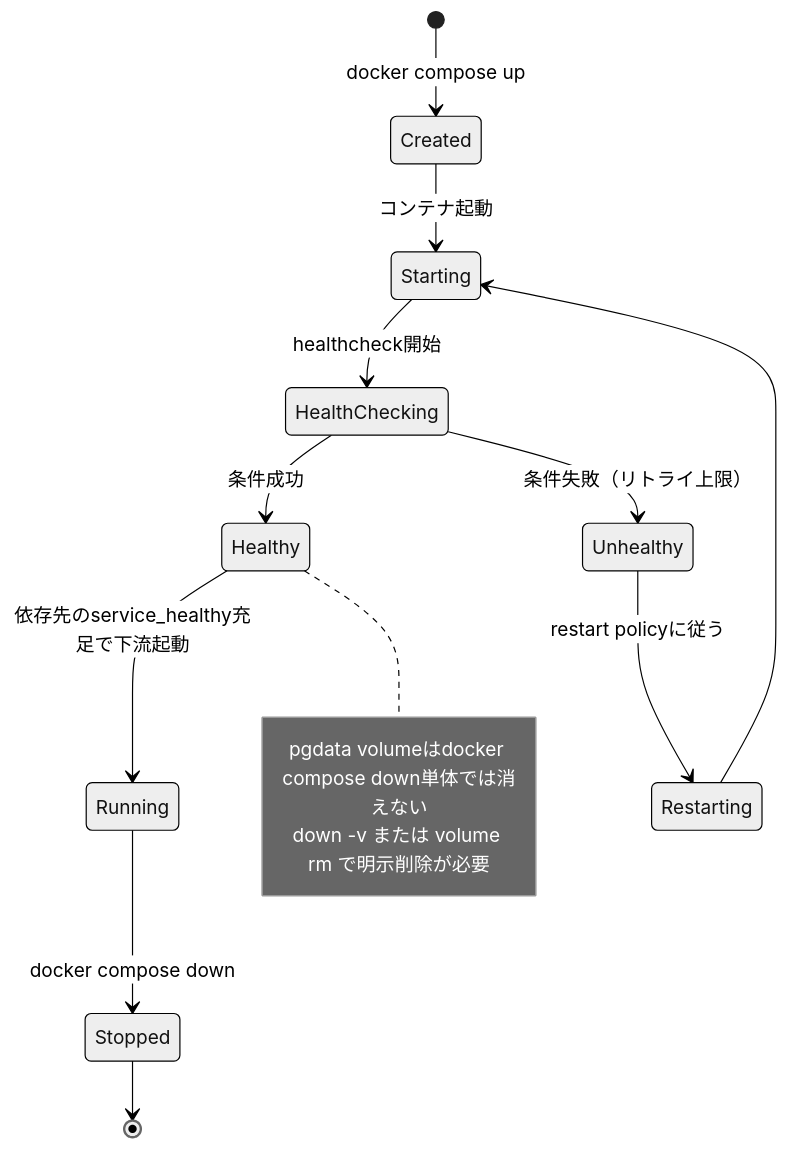
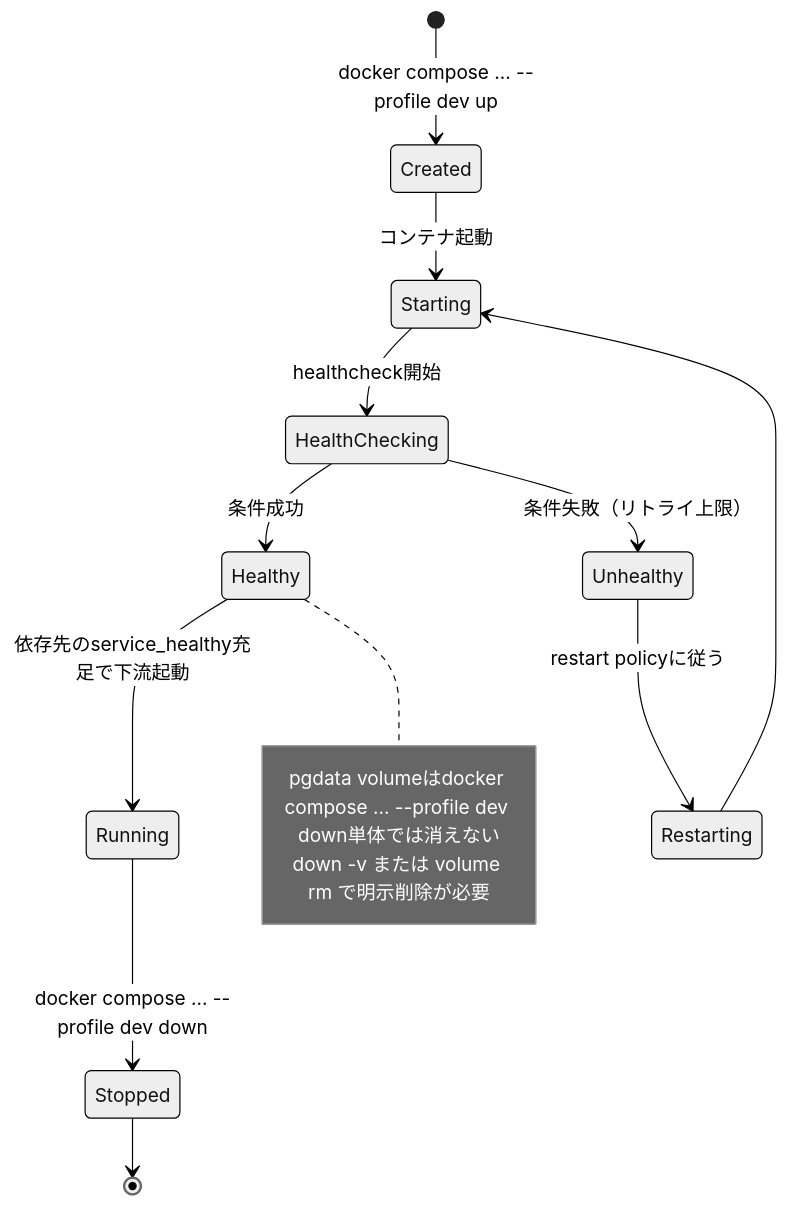
One commit to oikawa-d/task_management changed the fourth of 5 diagrams in docs/detailed_design/infra/01_docker_compose.md. Above: the diagram before and after it, drawn with Mermaid (neutral theme). The commit also changed other lines of this file and 5 other files, not shown here.

````diff
--- a/docs/detailed_design/infra/01_docker_compose.md
+++ b/docs/detailed_design/infra/01_docker_compose.md
@@ -139,18 +139,18 @@
 ```mermaid
 stateDiagram-v2
-    [*] --> Created: docker compose up
+    [*] --> Created: docker compose ... --profile dev up
     Created --> Starting: コンテナ起動
     Starting --> HealthChecking: healthcheck開始
     HealthChecking --> Healthy: 条件成功
     HealthChecking --> Unhealthy: 条件失敗（リトライ上限）
     Healthy --> Running: 依存先のservice_healthy充足で下流起動
     Unhealthy --> Restarting: restart policyに従う
     Restarting --> Starting
-    Running --> Stopped: docker compose down
+    Running --> Stopped: docker compose ... --profile dev down
     Stopped --> [*]
 
     note right of Healthy
-      pgdata volumeはdocker compose down単体では消えない
+      pgdata volumeはdocker compose ... --profile dev down単体では消えない
       down -v または volume rm で明示削除が必要
     end note
 ```
````
